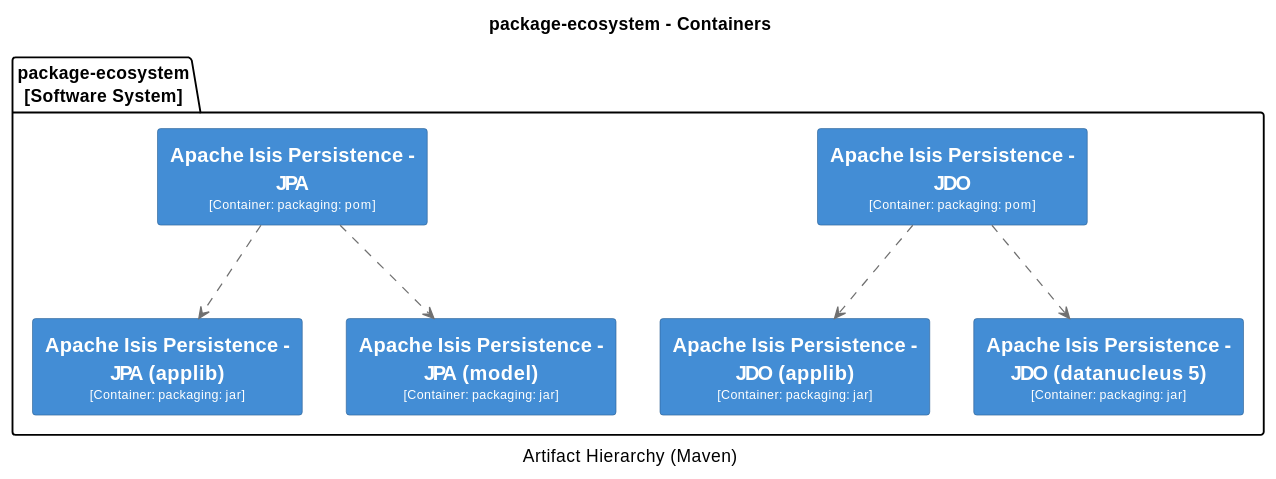
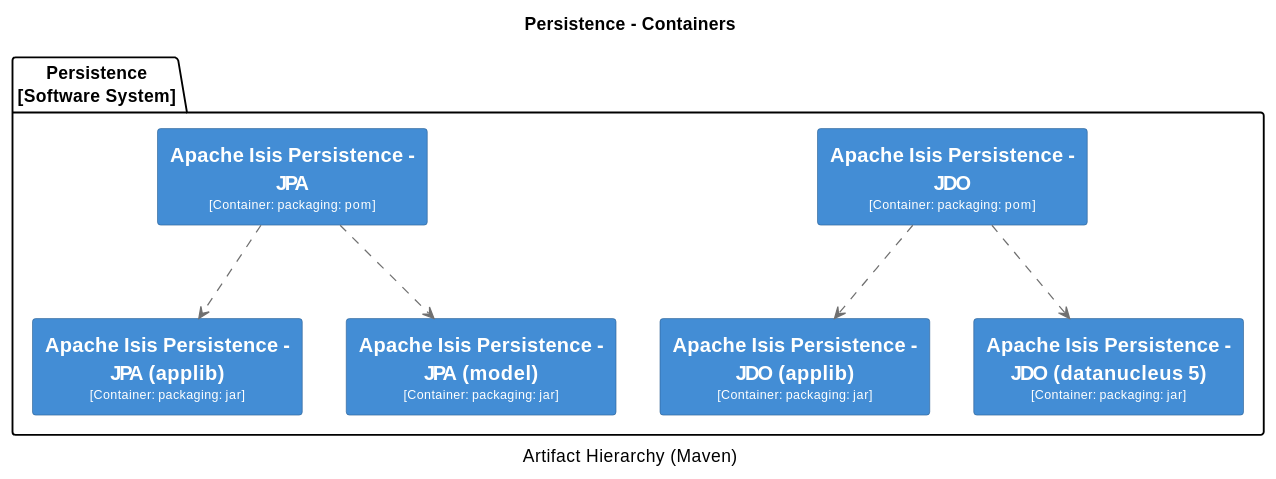
The seventh of 18 diagrams in antora/components/system/modules/ROOT/pages/system-overview.adoc (apache/causeway), drawn with PlantUML before and after one commit. The commit also changed other lines of this file and 1 other file, not shown here.

Commit message:
ISIS-2473: system overview: more meaningful diagram titles

```diff
--- a/antora/components/system/modules/ROOT/pages/system-overview.adoc
+++ b/antora/components/system/modules/ROOT/pages/system-overview.adoc
@@ -1053,58 +1053,58 @@
 [plantuml,Persistence,svg]
 ----
 @startuml(id=Persistence)
-title package-ecosystem - Containers
+title Persistence - Containers
 caption Artifact Hierarchy (Maven)
 
 skinparam {
   shadowing false
   arrowFontSize 10
   defaultTextAlignment center
   wrapWidth 200
   maxMessageSize 100
 }
 hide stereotype
 skinparam rectangle<<2>> {
   BackgroundColor #438dd5
   FontColor #fffffe
   BorderColor #2E6295
 }
 skinparam rectangle<<3>> {
   BackgroundColor #438dd5
   FontColor #fffffe
   BorderColor #2E6295
 }
 skinparam rectangle<<4>> {
   BackgroundColor #438dd5
   FontColor #fffffe
   BorderColor #2E6295
 }
 skinparam rectangle<<5>> {
   BackgroundColor #438dd5
   FontColor #fffffe
   BorderColor #2E6295
 }
 skinparam rectangle<<6>> {
   BackgroundColor #438dd5
   FontColor #fffffe
   BorderColor #2E6295
 }
 skinparam rectangle<<7>> {
   BackgroundColor #438dd5
   FontColor #fffffe
   BorderColor #2E6295
 }
-package "package-ecosystem\n[Software System]" {
+package "Persistence\n[Software System]" {
   rectangle "==Apache Isis Persistence - JDO\n<size:10>[Container: packaging: pom]</size>" <<2>> as 2
   rectangle "==Apache Isis Persistence - JDO (applib)\n<size:10>[Container: packaging: jar]</size>" <<3>> as 3
   rectangle "==Apache Isis Persistence - JDO (datanucleus 5)\n<size:10>[Container: packaging: jar]</size>" <<4>> as 4
   rectangle "==Apache Isis Persistence - JPA\n<size:10>[Container: packaging: pom]</size>" <<5>> as 5
   rectangle "==Apache Isis Persistence - JPA (applib)\n<size:10>[Container: packaging: jar]</size>" <<6>> as 6
   rectangle "==Apache Isis Persistence - JPA (model)\n<size:10>[Container: packaging: jar]</size>" <<7>> as 7
 }
 2 .[#707070].> 3 : ""
 2 .[#707070].> 4 : ""
 5 .[#707070].> 6 : ""
 5 .[#707070].> 7 : ""
 @enduml
 ----
```
